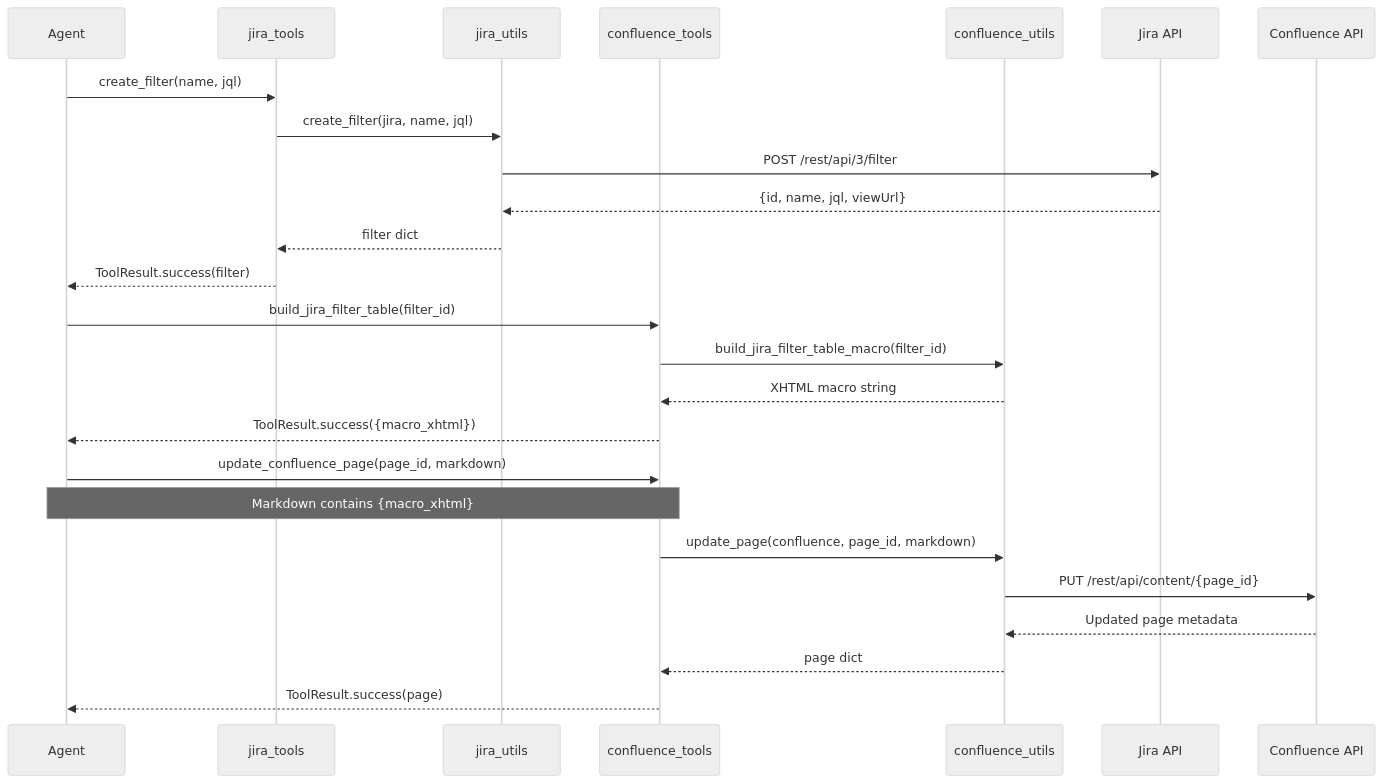
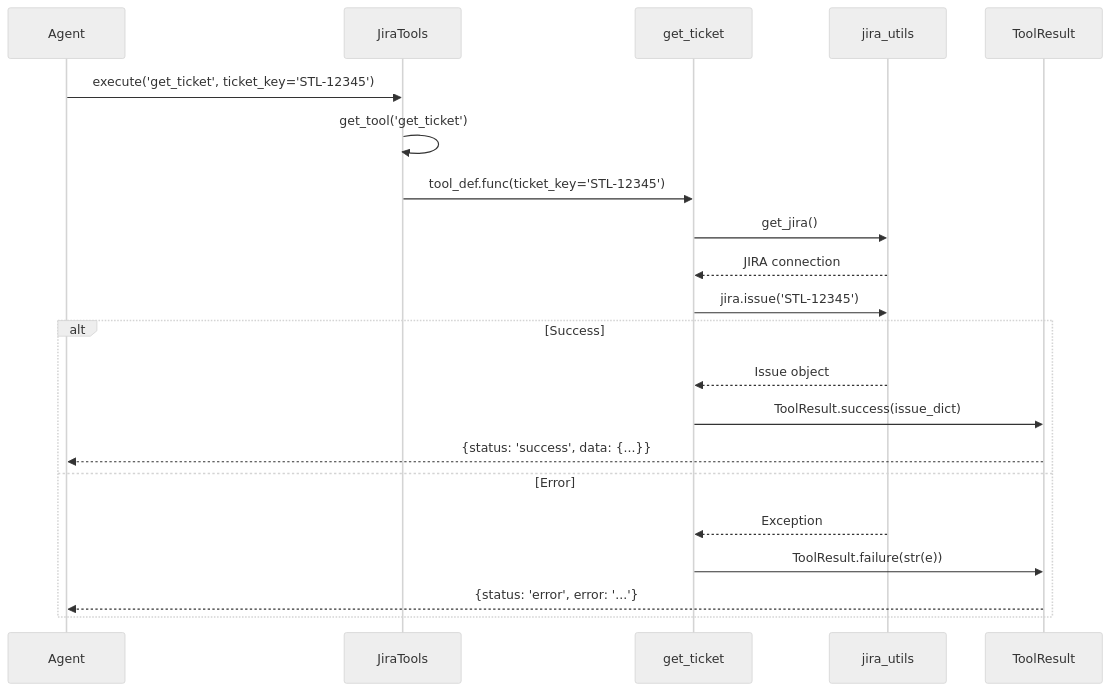
Before and after one commit to jmac-cornelis/agent-workforce: the third of 4 diagrams in docs/tools.md, drawn with Mermaid (neutral theme). The commit also changed other lines of this file and 4 other files, not shown here.

````diff
--- a/docs/tools.md
+++ b/docs/tools.md
@@ -108,30 +108,24 @@
 ```mermaid
 sequenceDiagram
     participant Agent
-    participant jira_tools
+    participant JiraTools
+    participant get_ticket
     participant jira_utils
-    participant confluence_tools
-    participant confluence_utils
-    participant Jira API
-    participant Confluence API
+    participant ToolResult
     
-    Agent->>jira_tools: create_filter(name, jql)
-    jira_tools->>jira_utils: create_filter(jira, name, jql)
-    jira_utils->>Jira API: POST /rest/api/3/filter
-    Jira API-->>jira_utils: {id, name, jql, viewUrl}
-    jira_utils-->>jira_tools: filter dict
-    jira_tools-->>Agent: ToolResult.success(filter)
-    
-    Agent->>confluence_tools: build_jira_filter_table(filter_id)
-    confluence_tools->>confluence_utils: build_jira_filter_table_macro(filter_id)
-    confluence_utils-->>confluence_tools: XHTML macro string
-    confluence_tools-->>Agent: ToolResult.success({macro_xhtml})
-    
-    Agent->>confluence_tools: update_confluence_page(page_id, markdown)
-    Note over Agent,confluence_tools: Markdown contains {macro_xhtml}
-    confluence_tools->>confluence_utils: update_page(confluence, page_id, markdown)
-    confluence_utils->>Confluence API: PUT /rest/api/content/{page_id}
-    Confluence API-->>confluence_utils: Updated page metadata
-    confluence_utils-->>confluence_tools: page dict
-    confluence_tools-->>Agent: ToolResult.success(page)
+    Agent->>JiraTools: execute('get_ticket', ticket_key='STL-12345')
+    JiraTools->>JiraTools: get_tool('get_ticket')
+    JiraTools->>get_ticket: tool_def.func(ticket_key='STL-12345')
+    get_ticket->>jira_utils: get_jira()
+    jira_utils-->>get_ticket: JIRA connection
+    get_ticket->>jira_utils: jira.issue('STL-12345')
+    alt Success
+        jira_utils-->>get_ticket: Issue object
+        get_ticket->>ToolResult: ToolResult.success(issue_dict)
+        ToolResult-->>Agent: {status: 'success', data: {...}}
+    else Error
+        jira_utils-->>get_ticket: Exception
+        get_ticket->>ToolResult: ToolResult.failure(str(e))
+        ToolResult-->>Agent: {status: 'error', error: '...'}
+    end
 ```
````
